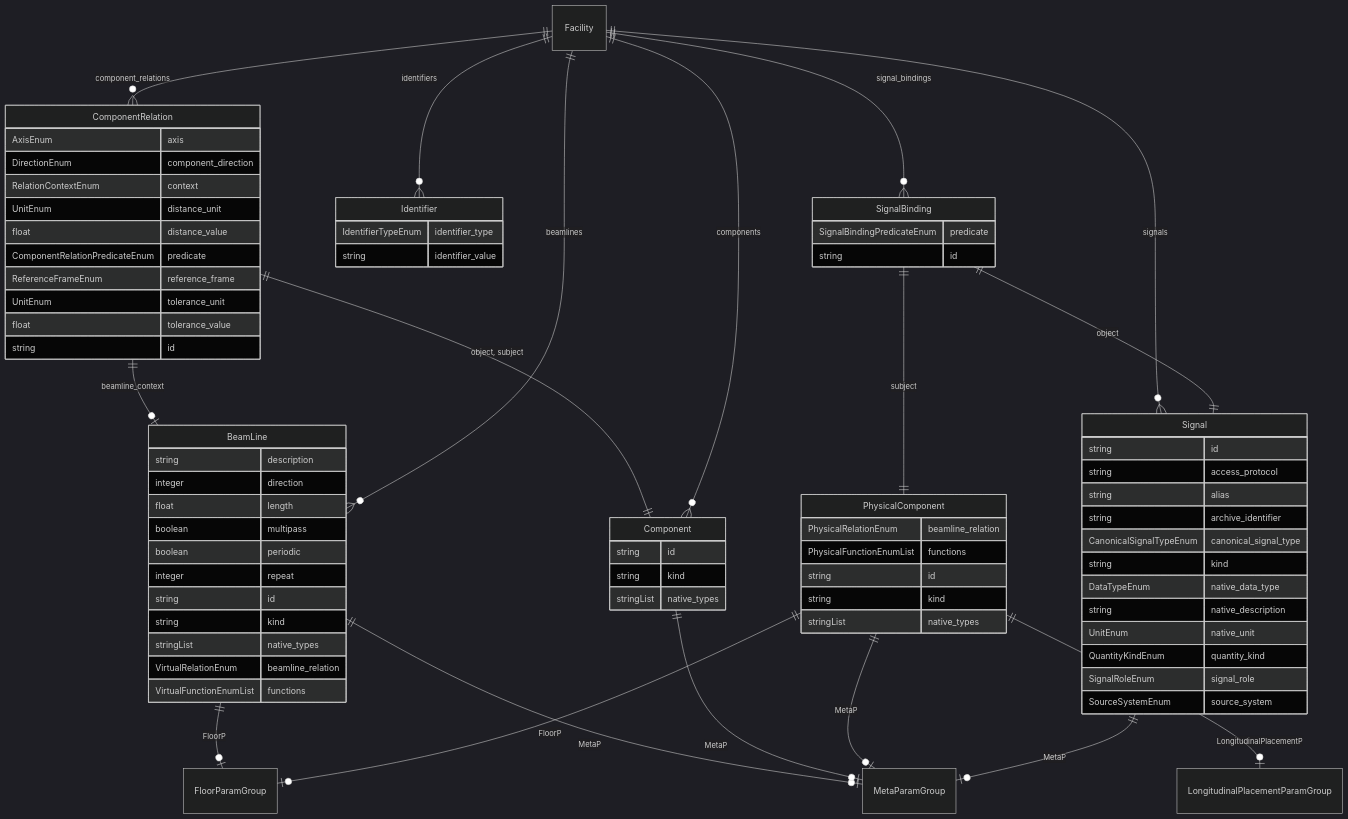
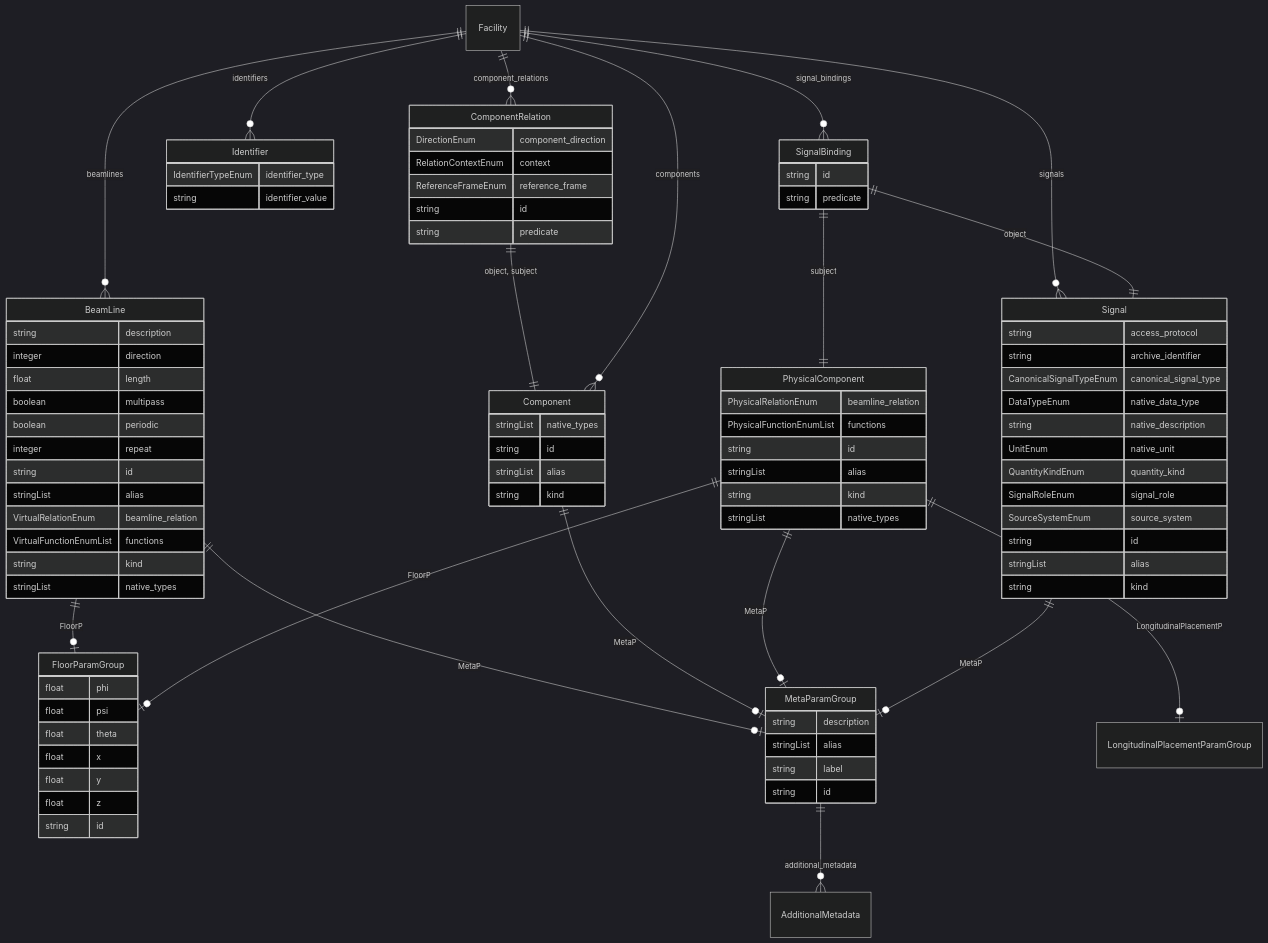
The diagram in docs/elements/classes/Facility.md (pals-project/pals-facility-config), drawn with Mermaid (dark theme) before and after one commit. The commit also changed other lines of this file and 499 other files, not shown here.

```diff
--- a/docs/elements/classes/Facility.md
+++ b/docs/elements/classes/Facility.md
@@ -22,65 +22,77 @@
     boolean periodic  
     integer repeat  
     string id  
-    string kind  
-    stringList native_types  
+    stringList alias  
     VirtualRelationEnum beamline_relation  
     VirtualFunctionEnumList functions  
-}
-Component {
-    string id  
     string kind  
     stringList native_types  
 }
+Component {
+    stringList native_types  
+    string id  
+    stringList alias  
+    string kind  
+}
 ComponentRelation {
-    AxisEnum axis  
     DirectionEnum component_direction  
     RelationContextEnum context  
-    UnitEnum distance_unit  
-    float distance_value  
-    ComponentRelationPredicateEnum predicate  
     ReferenceFrameEnum reference_frame  
-    UnitEnum tolerance_unit  
-    float tolerance_value  
     string id  
+    string predicate  
 }
 Facility {
 
+}
+FloorParamGroup {
+    float phi  
+    float psi  
+    float theta  
+    float x  
+    float y  
+    float z  
+    string id  
 }
 Identifier {
     IdentifierTypeEnum identifier_type  
     string identifier_value  
 }
+MetaParamGroup {
+    string description  
+    stringList alias  
+    string label  
+    string id  
+}
 PhysicalComponent {
     PhysicalRelationEnum beamline_relation  
     PhysicalFunctionEnumList functions  
     string id  
+    stringList alias  
     string kind  
     stringList native_types  
 }
 Signal {
-    string id  
     string access_protocol  
-    string alias  
     string archive_identifier  
     CanonicalSignalTypeEnum canonical_signal_type  
-    string kind  
     DataTypeEnum native_data_type  
     string native_description  
     UnitEnum native_unit  
     QuantityKindEnum quantity_kind  
     SignalRoleEnum signal_role  
     SourceSystemEnum source_system  
+    string id  
+    stringList alias  
+    string kind  
 }
 SignalBinding {
-    SignalBindingPredicateEnum predicate  
     string id  
+    string predicate  
 }
 
 BeamLine ||--|o FloorParamGroup : "FloorP"
 BeamLine ||--|o MetaParamGroup : "MetaP"
 Component ||--|o MetaParamGroup : "MetaP"
-ComponentRelation ||--|o BeamLine : "beamline_context"
 ComponentRelation ||--|| Component : "object, subject"
 Facility ||--}o BeamLine : "beamlines"
 Facility ||--}o Component : "components"
@@ -88,6 +100,7 @@
 Facility ||--}o Identifier : "identifiers"
 Facility ||--}o Signal : "signals"
 Facility ||--}o SignalBinding : "signal_bindings"
+MetaParamGroup ||--}o AdditionalMetadata : "additional_metadata"
 PhysicalComponent ||--|o FloorParamGroup : "FloorP"
 PhysicalComponent ||--|o LongitudinalPlacementParamGroup : "LongitudinalPlacementP"
 PhysicalComponent ||--|o MetaParamGroup : "MetaP"
```
